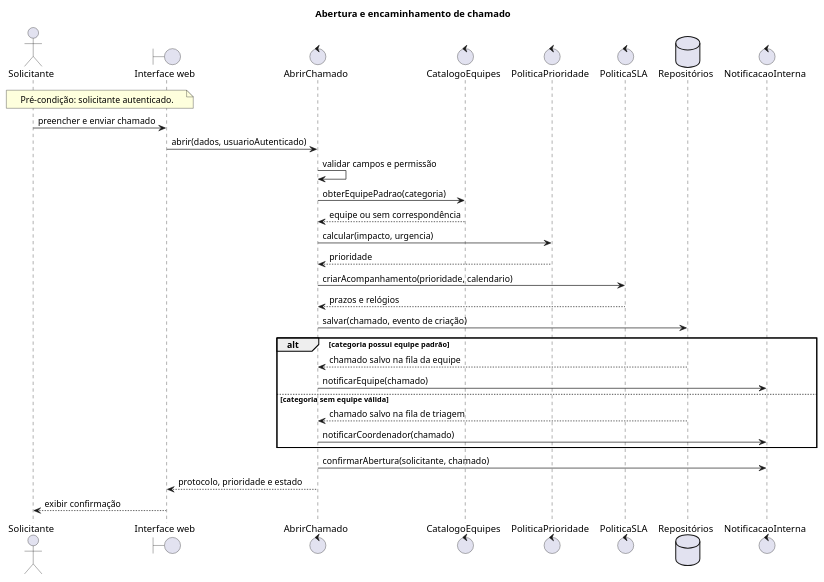
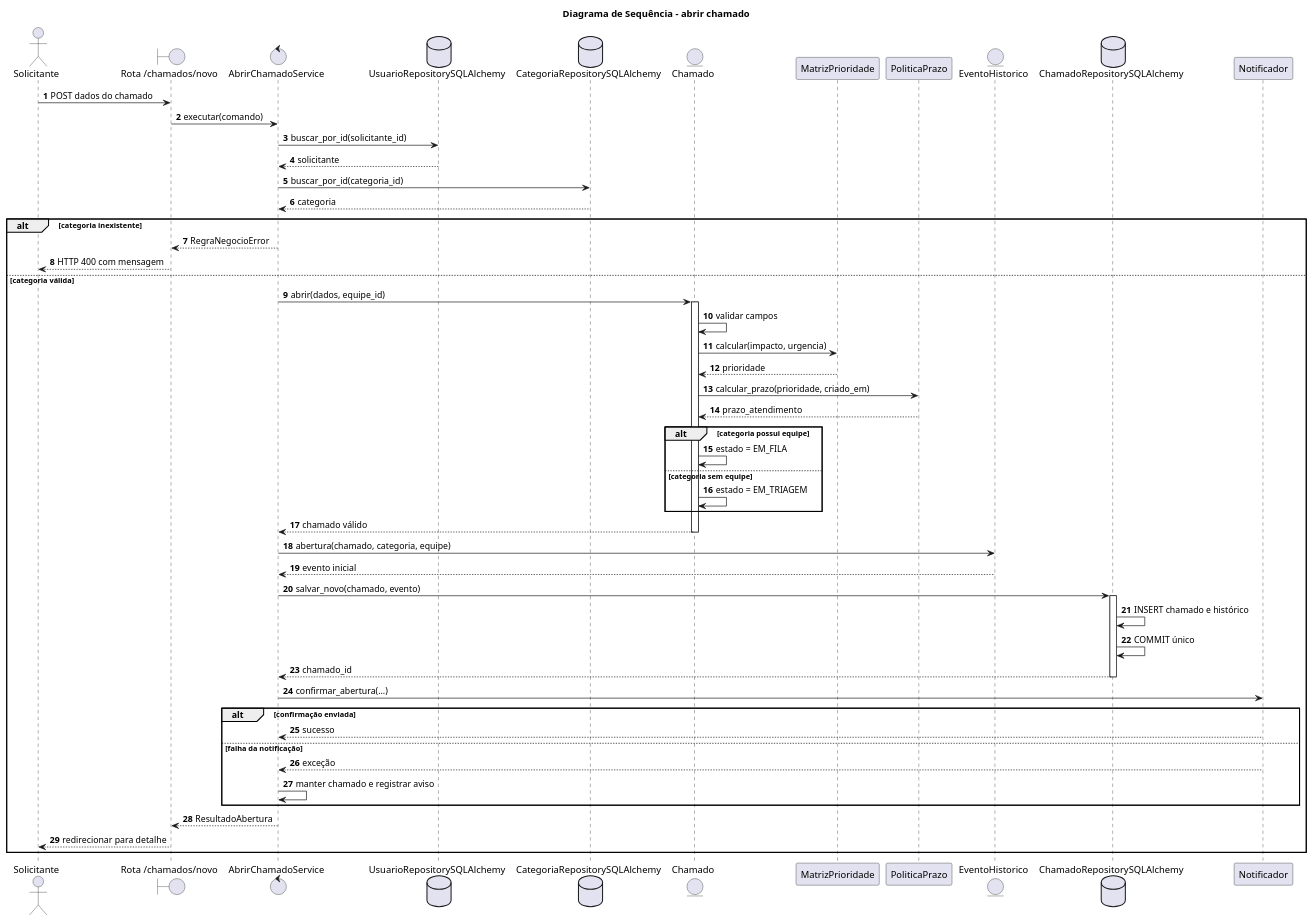
Before and after one commit to ricardobacano/Trabalho-Design-: the diagram in docs/diagramas/sequencia.puml, drawn with PlantUML. The commit also changed other lines of this file and 11 other files, not shown here.

Commit message:
docs(uml): atualiza diagramas do fluxo de abertura

```diff
--- a/docs/diagramas/sequencia.puml
+++ b/docs/diagramas/sequencia.puml
@@ -1,39 +1,62 @@
 @startuml
-title Abertura e encaminhamento de chamado
+title Diagrama de Sequência - abrir chamado
+autonumber
 
 actor Solicitante
-boundary "Interface web" as UI
-control "AbrirChamado" as UC
-control "CatalogoEquipes" as Catalogo
-control "PoliticaPrioridade" as Prioridade
-control "PoliticaSLA" as SLA
-database "Repositórios" as Repo
-control "NotificacaoInterna" as Notif
+boundary "Rota /chamados/novo" as Rota
+control AbrirChamadoService as Service
+database UsuarioRepositorySQLAlchemy as UserRepo
+database CategoriaRepositorySQLAlchemy as CatRepo
+entity Chamado
+participant MatrizPrioridade as Matriz
+participant PoliticaPrazo as Prazo
+entity EventoHistorico
+database ChamadoRepositorySQLAlchemy as ChamadoRepo
+participant Notificador as Notificador
 
-note over Solicitante,UI
-  Pré-condição: solicitante autenticado.
-end note
+Solicitante -> Rota: POST dados do chamado
+Rota -> Service: executar(comando)
+Service -> UserRepo: buscar_por_id(solicitante_id)
+UserRepo --> Service: solicitante
+Service -> CatRepo: buscar_por_id(categoria_id)
+CatRepo --> Service: categoria
 
-Solicitante -> UI: preencher e enviar chamado
-UI -> UC: abrir(dados, usuarioAutenticado)
-UC -> UC: validar campos e permissão
-UC -> Catalogo: obterEquipePadrao(categoria)
-Catalogo --> UC: equipe ou sem correspondência
-UC -> Prioridade: calcular(impacto, urgencia)
-Prioridade --> UC: prioridade
-UC -> SLA: criarAcompanhamento(prioridade, calendario)
-SLA --> UC: prazos e relógios
-UC -> Repo: salvar(chamado, evento de criação)
+alt categoria inexistente
+  Service --> Rota: RegraNegocioError
+  Rota --> Solicitante: HTTP 400 com mensagem
+else categoria válida
+  Service -> Chamado: abrir(dados, equipe_id)
+  activate Chamado
+  Chamado -> Chamado: validar campos
+  Chamado -> Matriz: calcular(impacto, urgencia)
+  Matriz --> Chamado: prioridade
+  Chamado -> Prazo: calcular_prazo(prioridade, criado_em)
+  Prazo --> Chamado: prazo_atendimento
+  alt categoria possui equipe
+    Chamado -> Chamado: estado = EM_FILA
+  else categoria sem equipe
+    Chamado -> Chamado: estado = EM_TRIAGEM
+  end
+  Chamado --> Service: chamado válido
+  deactivate Chamado
 
-alt categoria possui equipe padrão
-  Repo --> UC: chamado salvo na fila da equipe
-  UC -> Notif: notificarEquipe(chamado)
-else categoria sem equipe válida
-  Repo --> UC: chamado salvo na fila de triagem
-  UC -> Notif: notificarCoordenador(chamado)
+  Service -> EventoHistorico: abertura(chamado, categoria, equipe)
+  EventoHistorico --> Service: evento inicial
+  Service -> ChamadoRepo: salvar_novo(chamado, evento)
+  activate ChamadoRepo
+  ChamadoRepo -> ChamadoRepo: INSERT chamado e histórico
+  ChamadoRepo -> ChamadoRepo: COMMIT único
+  ChamadoRepo --> Service: chamado_id
+  deactivate ChamadoRepo
+
+  Service -> Notificador: confirmar_abertura(...)
+  alt confirmação enviada
+    Notificador --> Service: sucesso
+  else falha da notificação
+    Notificador --> Service: exceção
+    Service -> Service: manter chamado e registrar aviso
+  end
+  Service --> Rota: ResultadoAbertura
+  Rota --> Solicitante: redirecionar para detalhe
 end
-
-UC -> Notif: confirmarAbertura(solicitante, chamado)
-UC --> UI: protocolo, prioridade e estado
-UI --> Solicitante: exibir confirmação
 @enduml
```
